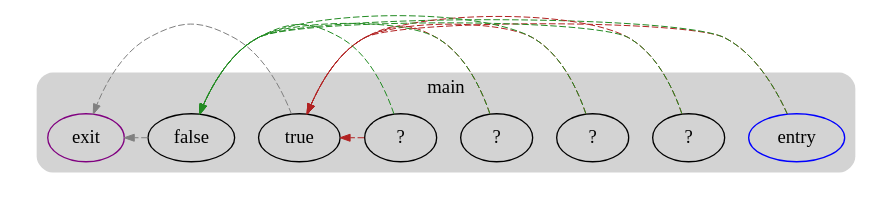
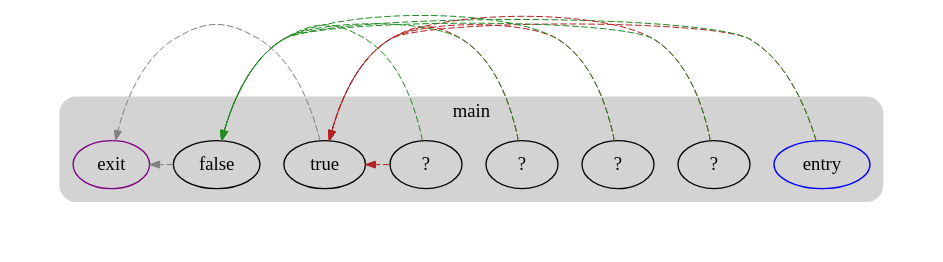
Before and after one commit to UnsignedByte/6120: the diagram in playground/unlabeled-bbs.domtree.dot, drawn with Graphviz. The commit also changed 76 other files, not shown here.

Commit message:
add margin around graphs

```diff
--- a/playground/unlabeled-bbs.domtree.dot
+++ b/playground/unlabeled-bbs.domtree.dot
@@ -1,32 +1,38 @@
 digraph G {
   compound=true
   subgraph cluster_ {
     peripheries=0
-    subgraph cluster_0 {
-      label="main"
-      color=darkgray
-      style=rounded
-      bgcolor=lightgray
-      cluster_0_0[label="entry",shape=oval,color=blue,rank=source]
-      cluster_0_1[label="?",shape=oval]
-      cluster_0_2[label="?",shape=oval]
-      cluster_0_3[label="?",shape=oval]
-      cluster_0_4[label="?",shape=oval]
-      cluster_0_5[label="true",shape=oval]
-      cluster_0_6[label="false",shape=oval]
-      cluster_0_exit[label=exit,color=purple,rank=sink]
-      cluster_0_0 -> cluster_0_6 [color=forestgreen,style=dashed,constraint=false,penwidth=0.75,arrowsize=0.75]
-      cluster_0_0 -> cluster_0_5 [color=firebrick,style=dashed,constraint=false,penwidth=0.75,arrowsize=0.75]
-      cluster_0_1 -> cluster_0_6 [color=forestgreen,style=dashed,constraint=false,penwidth=0.75,arrowsize=0.75]
-      cluster_0_1 -> cluster_0_5 [color=firebrick,style=dashed,constraint=false,penwidth=0.75,arrowsize=0.75]
-      cluster_0_2 -> cluster_0_6 [color=forestgreen,style=dashed,constraint=false,penwidth=0.75,arrowsize=0.75]
-      cluster_0_2 -> cluster_0_5 [color=firebrick,style=dashed,constraint=false,penwidth=0.75,arrowsize=0.75]
-      cluster_0_3 -> cluster_0_6 [color=forestgreen,style=dashed,constraint=false,penwidth=0.75,arrowsize=0.75]
-      cluster_0_3 -> cluster_0_5 [color=firebrick,style=dashed,constraint=false,penwidth=0.75,arrowsize=0.75]
-      cluster_0_4 -> cluster_0_6 [color=forestgreen,style=dashed,constraint=false,penwidth=0.75,arrowsize=0.75]
-      cluster_0_4 -> cluster_0_5 [color=firebrick,style=dashed,constraint=false,penwidth=0.75,arrowsize=0.75]
-      cluster_0_5 -> cluster_0_exit [color=gray,style=dashed,constraint=false,penwidth=0.75,arrowsize=0.75]
-      cluster_0_6 -> cluster_0_exit [color=gray,style=dashed,constraint=false,penwidth=0.75,arrowsize=0.75]
+    margin=10
+    subgraph cluster_0_wrapper {
+      peripheries=0
+      margin=15
+      subgraph cluster_0 {
+        label="main"
+        color=darkgray
+        style=rounded
+        bgcolor=lightgray
+        margin=10
+        cluster_0_0[label="entry",shape=oval,color=blue,rank=source]
+        cluster_0_1[label="?",shape=oval]
+        cluster_0_2[label="?",shape=oval]
+        cluster_0_3[label="?",shape=oval]
+        cluster_0_4[label="?",shape=oval]
+        cluster_0_5[label="true",shape=oval]
+        cluster_0_6[label="false",shape=oval]
+        cluster_0_exit[label=exit,color=purple,rank=sink]
+        cluster_0_0 -> cluster_0_6 [color=forestgreen,style=dashed,constraint=false,penwidth=0.75,arrowsize=0.75]
+        cluster_0_0 -> cluster_0_5 [color=firebrick,style=dashed,constraint=false,penwidth=0.75,arrowsize=0.75]
+        cluster_0_1 -> cluster_0_6 [color=forestgreen,style=dashed,constraint=false,penwidth=0.75,arrowsize=0.75]
+        cluster_0_1 -> cluster_0_5 [color=firebrick,style=dashed,constraint=false,penwidth=0.75,arrowsize=0.75]
+        cluster_0_2 -> cluster_0_6 [color=forestgreen,style=dashed,constraint=false,penwidth=0.75,arrowsize=0.75]
+        cluster_0_2 -> cluster_0_5 [color=firebrick,style=dashed,constraint=false,penwidth=0.75,arrowsize=0.75]
+        cluster_0_3 -> cluster_0_6 [color=forestgreen,style=dashed,constraint=false,penwidth=0.75,arrowsize=0.75]
+        cluster_0_3 -> cluster_0_5 [color=firebrick,style=dashed,constraint=false,penwidth=0.75,arrowsize=0.75]
+        cluster_0_4 -> cluster_0_6 [color=forestgreen,style=dashed,constraint=false,penwidth=0.75,arrowsize=0.75]
+        cluster_0_4 -> cluster_0_5 [color=firebrick,style=dashed,constraint=false,penwidth=0.75,arrowsize=0.75]
+        cluster_0_5 -> cluster_0_exit [color=gray,style=dashed,constraint=false,penwidth=0.75,arrowsize=0.75]
+        cluster_0_6 -> cluster_0_exit [color=gray,style=dashed,constraint=false,penwidth=0.75,arrowsize=0.75]
+      }
     }
   }
 }
```
